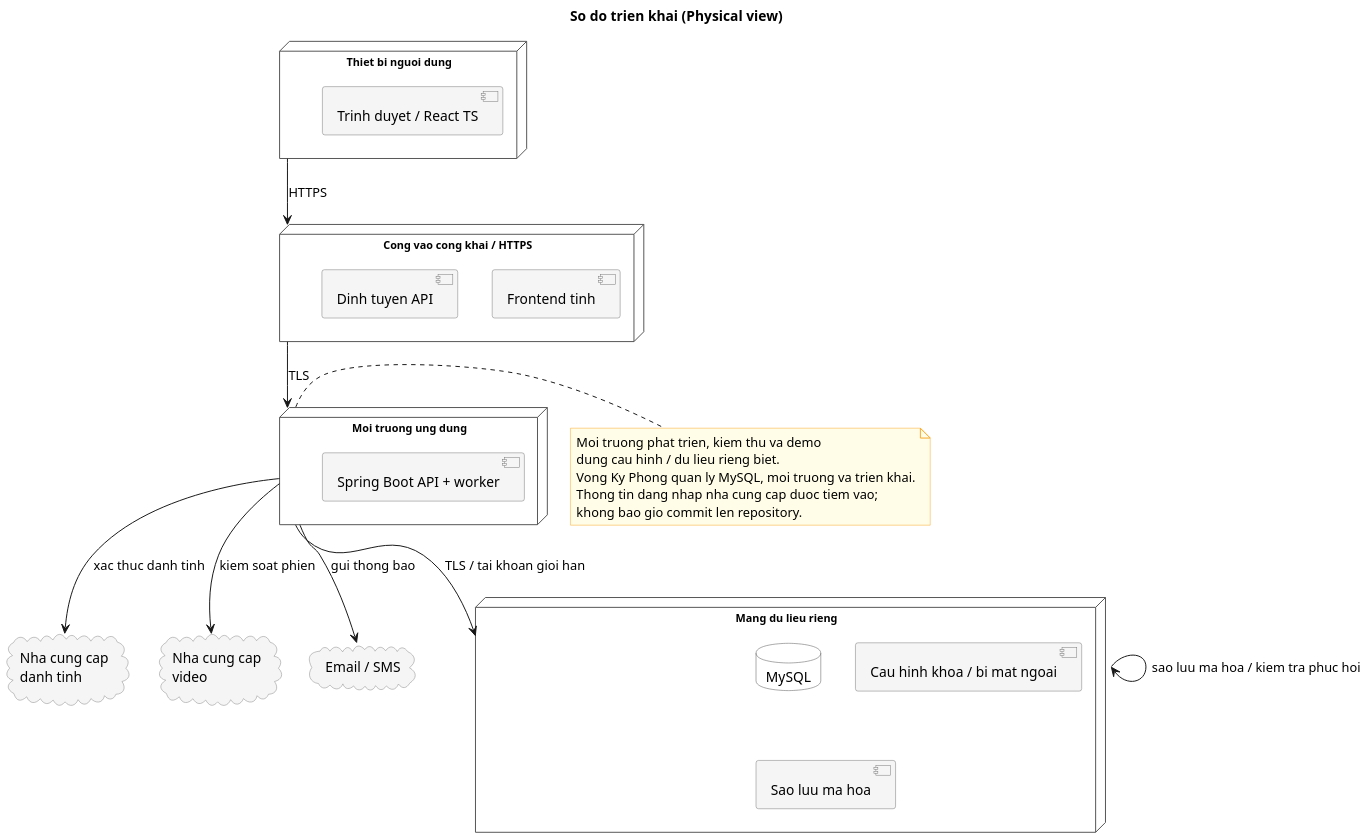
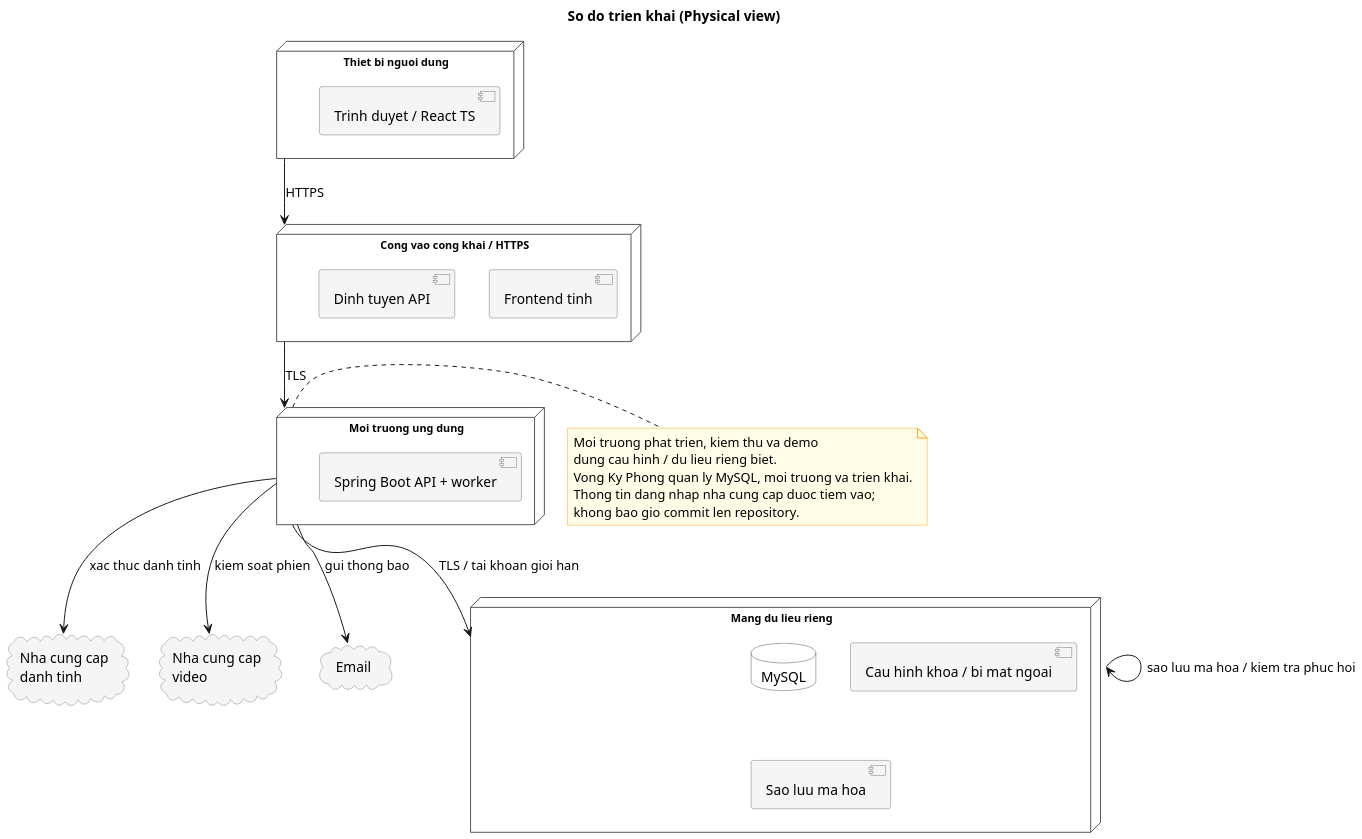
Before and after one commit to Samie32/SE-project: the diagram in docs/design/architecture/deployment.puml, drawn with PlantUML. The commit also changed 62 other files, not shown here.

```diff
--- a/docs/design/architecture/deployment.puml
+++ b/docs/design/architecture/deployment.puml
@@ -1,67 +1,67 @@
 @startuml deployment
 skinparam node {
   BackgroundColor White
   BorderColor #555
   FontName Arial
   FontSize 11
 }
 skinparam component {
   BackgroundColor #F5F5F5
   BorderColor #777
 }
 skinparam database {
   BackgroundColor White
   BorderColor #555
 }
 skinparam noteBackgroundColor #FFFDE7
 skinparam noteBorderColor #F9A825
 skinparam cloud {
   BackgroundColor #F5F5F5
   BorderColor #888
 }
 skinparam shadowing false
 skinparam dpi 150
 title So do trien khai (Physical view)
 
 node "Thiet bi nguoi dung" as UserDevice {
   component "Trinh duyet / React TS"
 }
 
 node "Cong vao cong khai / HTTPS" as Ingress {
   component "Frontend tinh"
   component "Dinh tuyen API"
 }
 
 node "Moi truong ung dung" as AppEnv {
   component "Spring Boot API + worker"
 }
 
 node "Mang du lieu rieng" as PrivateNet {
   database "MySQL"
   component "Cau hinh khoa / bi mat ngoai"
   component "Sao luu ma hoa"
 }
 
 cloud "Nha cung cap\ndanh tinh" as IdP
 cloud "Nha cung cap\nvideo" as VideoProvider
-cloud "Email / SMS" as EmailSMS
+cloud "Email" as EmailSMS
 
 UserDevice --> Ingress : HTTPS
 Ingress --> AppEnv : TLS
 AppEnv --> PrivateNet : TLS / tai khoan gioi han
 
 AppEnv --> IdP : xac thuc danh tinh
 AppEnv --> VideoProvider : kiem soat phien
 AppEnv --> EmailSMS : gui thong bao
 
 PrivateNet --> PrivateNet : sao luu ma hoa / kiem tra phuc hoi
 
 note right of AppEnv
   Moi truong phat trien, kiem thu va demo
   dung cau hinh / du lieu rieng biet.
   Vong Ky Phong quan ly MySQL, moi truong va trien khai.
   Thong tin dang nhap nha cung cap duoc tiem vao;
   khong bao gio commit len repository.
 end note
 
 @enduml
```
